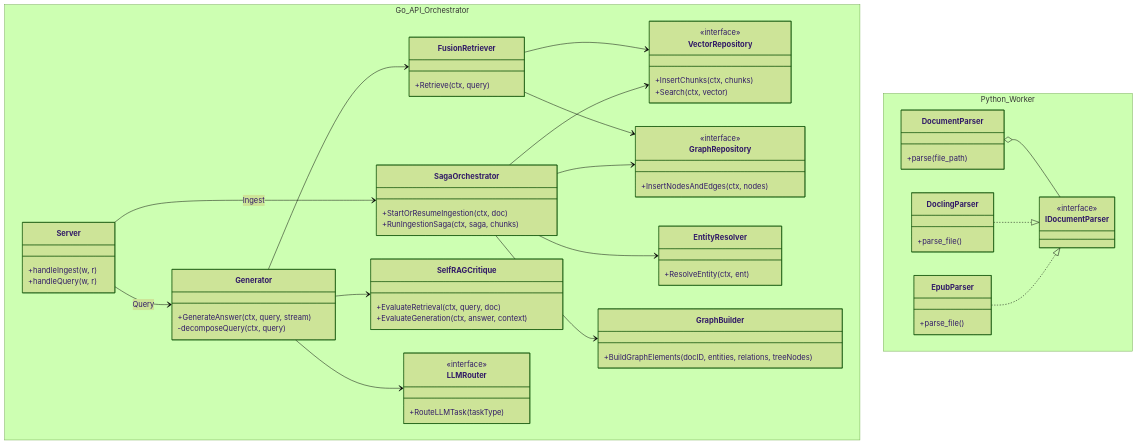
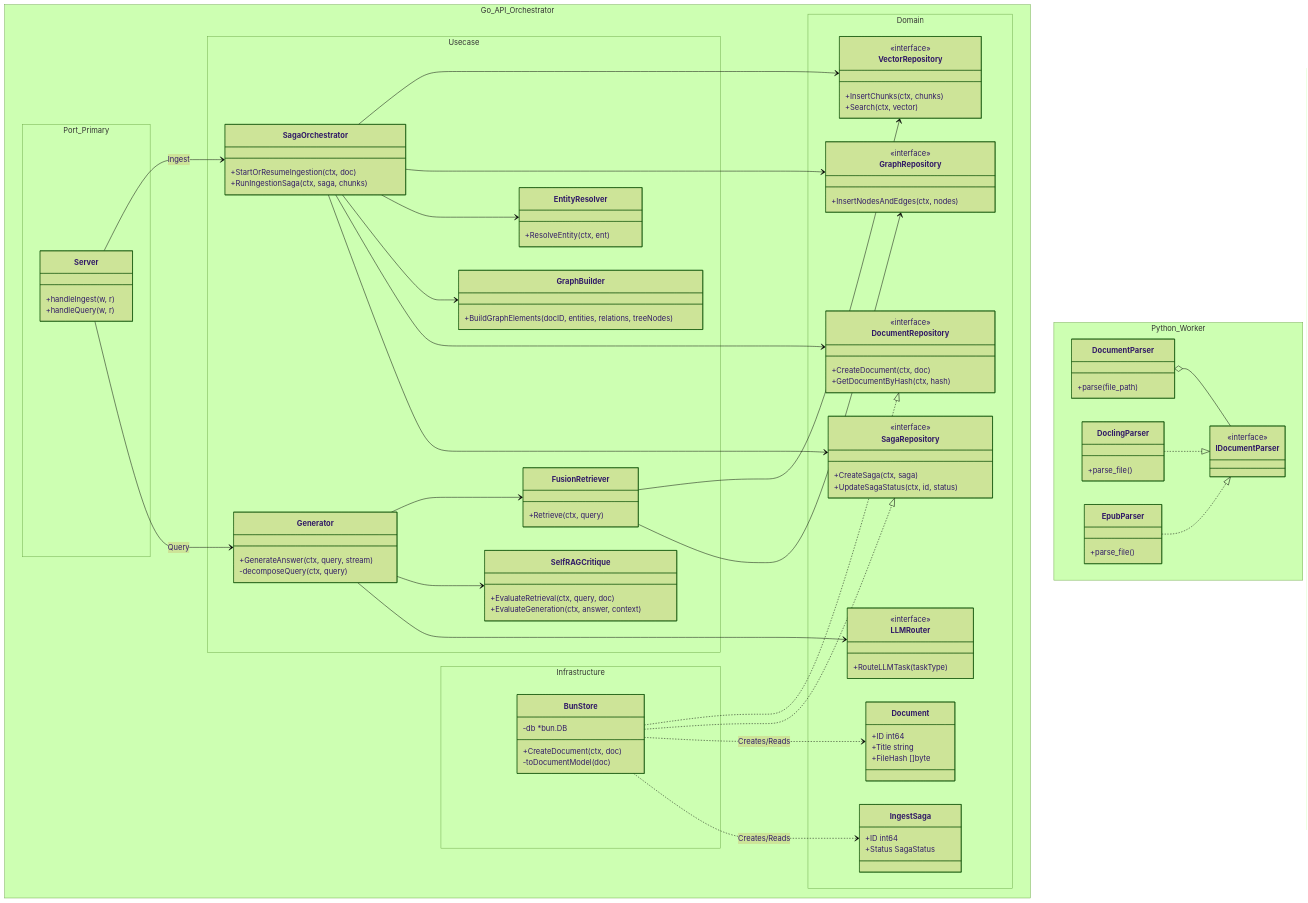
The first of 3 diagrams in booksage/ARCHITECTURE.md (tamara1031/booksage), drawn with Mermaid (forest theme) before and after one commit.

Commit message:
docs: update class diagram to reflect hexagonal architecture
- Updated `booksage/ARCHITECTURE.md` Class Diagram to visually separate Domain, Usecase, Port, and Infrastructure layers.
- Included `DocumentRepository`, `SagaRepository`, and `BunStore` to show the clean separation and implementation details.
- Addressed PR feedback regarding diagram staleness.

````diff
--- a/booksage/ARCHITECTURE.md
+++ b/booksage/ARCHITECTURE.md
@@ -78,52 +78,78 @@
 ```mermaid
 classDiagram
     namespace Go_API_Orchestrator {
-        class Server {
-            +handleIngest(w, r)
-            +handleQuery(w, r)
+        namespace Domain {
+            class Document {
+                +ID int64
+                +Title string
+                +FileHash []byte
+            }
+            class IngestSaga {
+                +ID int64
+                +Status SagaStatus
+            }
+            class DocumentRepository {
+                <<interface>>
+                +CreateDocument(ctx, doc)
+                +GetDocumentByHash(ctx, hash)
+            }
+            class SagaRepository {
+                <<interface>>
+                +CreateSaga(ctx, saga)
+                +UpdateSagaStatus(ctx, id, status)
+            }
+            class VectorRepository {
+                <<interface>>
+                +InsertChunks(ctx, chunks)
+                +Search(ctx, vector)
+            }
+            class GraphRepository {
+                <<interface>>
+                +InsertNodesAndEdges(ctx, nodes)
+            }
+            class LLMRouter {
+                <<interface>>
+                +RouteLLMTask(taskType)
+            }
         }
 
-        class SagaOrchestrator {
-            +StartOrResumeIngestion(ctx, doc)
-            +RunIngestionSaga(ctx, saga, chunks)
+        namespace Port_Primary {
+            class Server {
+                +handleIngest(w, r)
+                +handleQuery(w, r)
+            }
         }
 
-        class EntityResolver {
-            +ResolveEntity(ctx, ent)
+        namespace Usecase {
+            class SagaOrchestrator {
+                +StartOrResumeIngestion(ctx, doc)
+                +RunIngestionSaga(ctx, saga, chunks)
+            }
+            class EntityResolver {
+                +ResolveEntity(ctx, ent)
+            }
+            class GraphBuilder {
+                +BuildGraphElements(docID, entities, relations, treeNodes)
+            }
+            class Generator {
+                +GenerateAnswer(ctx, query, stream)
+                -decomposeQuery(ctx, query)
+            }
+            class FusionRetriever {
+                +Retrieve(ctx, query)
+            }
+            class SelfRAGCritique {
+                +EvaluateRetrieval(ctx, query, doc)
+                +EvaluateGeneration(ctx, answer, context)
+            }
         }
 
-        class GraphBuilder {
-            +BuildGraphElements(docID, entities, relations, treeNodes)
-        }
-
-        class Generator {
-            +GenerateAnswer(ctx, query, stream)
-            -decomposeQuery(ctx, query)
-        }
-
-        class FusionRetriever {
-            +Retrieve(ctx, query)
-        }
-
-        class SelfRAGCritique {
-            +EvaluateRetrieval(ctx, query, doc)
-            +EvaluateGeneration(ctx, answer, context)
-        }
-
-        class LLMRouter {
-            <<interface>>
-            +RouteLLMTask(taskType)
-        }
-
-        class VectorRepository {
-            <<interface>>
-            +InsertChunks(ctx, chunks)
-            +Search(ctx, vector)
-        }
-
-        class GraphRepository {
-            <<interface>>
-            +InsertNodesAndEdges(ctx, nodes)
+        namespace Infrastructure {
+            class BunStore {
+                -db *bun.DB
+                +CreateDocument(ctx, doc)
+                -toDocumentModel(doc)
+            }
         }
     }
 
@@ -144,6 +170,8 @@
     SagaOrchestrator --> GraphRepository
     SagaOrchestrator --> EntityResolver
     SagaOrchestrator --> GraphBuilder
+    SagaOrchestrator --> DocumentRepository
+    SagaOrchestrator --> SagaRepository
 
     Generator --> FusionRetriever
     Generator --> SelfRAGCritique
@@ -152,6 +180,11 @@
     FusionRetriever --> VectorRepository
     FusionRetriever --> GraphRepository
 
+    BunStore ..|> DocumentRepository
+    BunStore ..|> SagaRepository
+    BunStore ..> Document : Creates/Reads
+    BunStore ..> IngestSaga : Creates/Reads
+
     DocumentParser o-- IDocumentParser
     DoclingParser ..|> IDocumentParser
     EpubParser ..|> IDocumentParser
````
